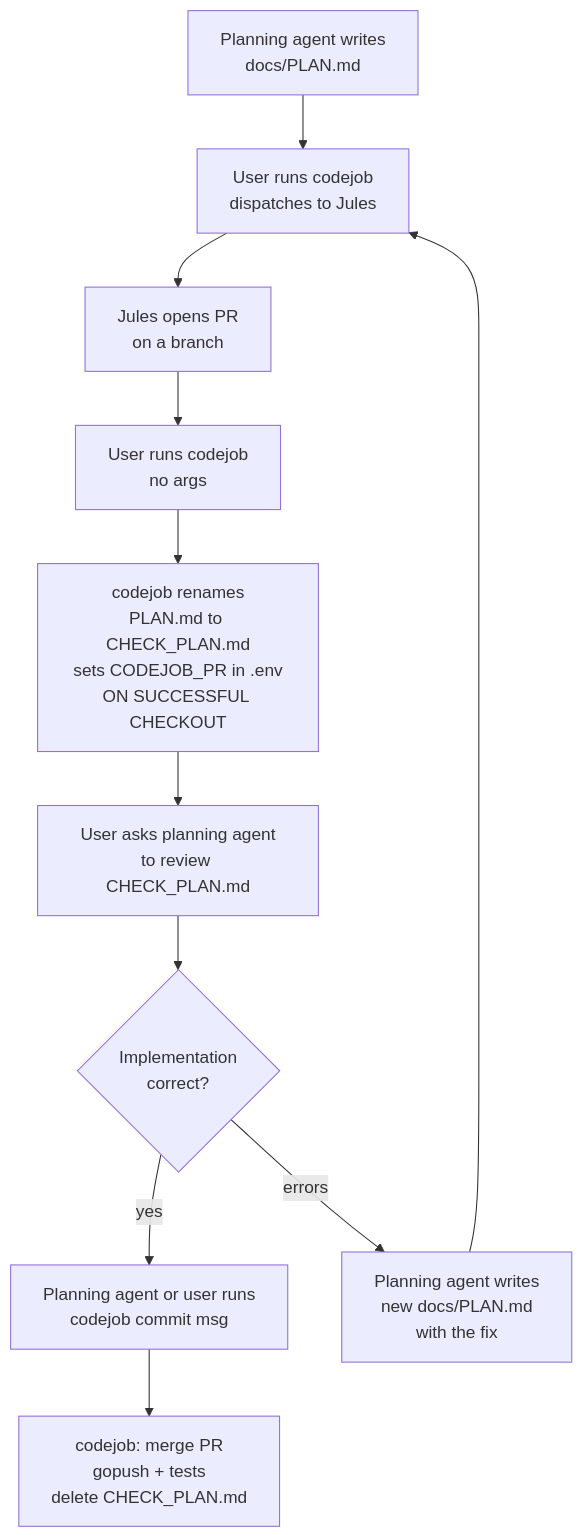
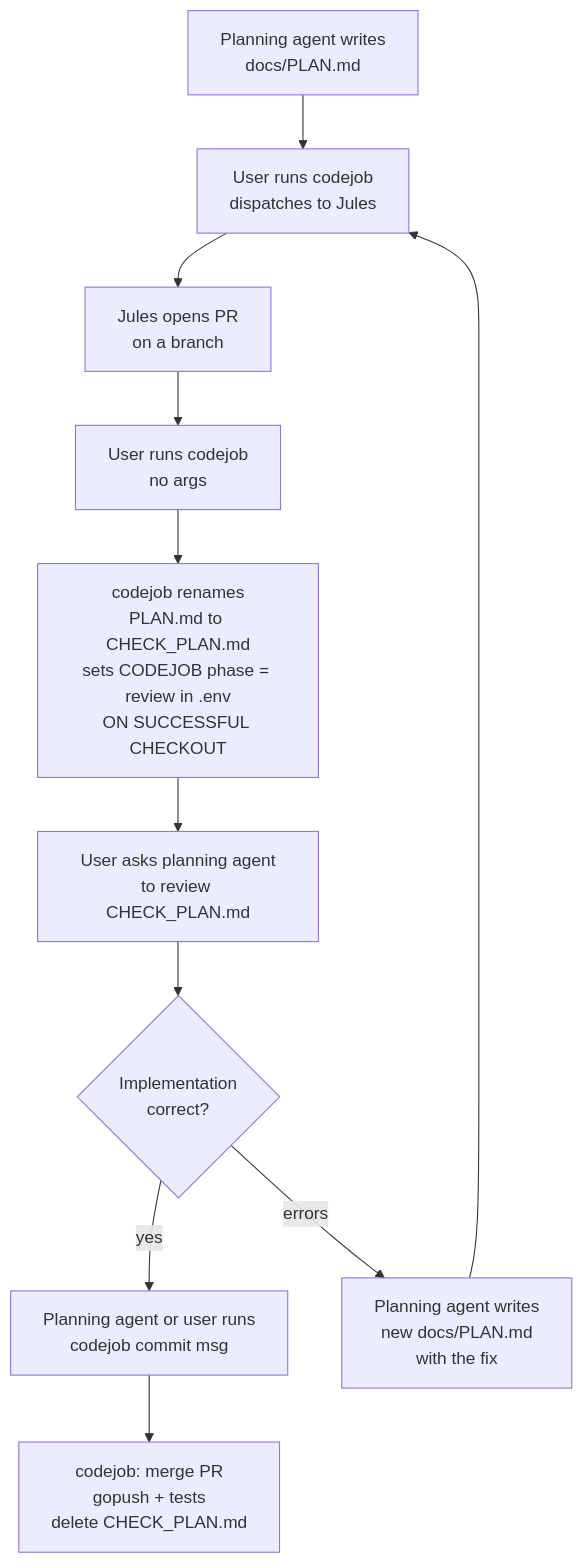
The diagram in skills/agents-workflow/SKILL.md (tinywasm/devflow), drawn with Mermaid before and after one commit. The commit also changed other lines of this file and 17 other files, not shown here.

First line of the commit message:
fix: rename frontmatter key message -> PLAN and unify codejob state

````diff
--- a/skills/agents-workflow/SKILL.md
+++ b/skills/agents-workflow/SKILL.md
@@ -107,13 +107,13 @@
 ```mermaid
 flowchart TD
     A[Planning agent writes<br/>docs/PLAN.md] --> B[User runs codejob<br/>dispatches to Jules]
     B --> C[Jules opens PR<br/>on a branch]
     C --> D[User runs codejob<br/>no args]
-    D --> E[codejob renames<br/>PLAN.md to CHECK_PLAN.md<br/>sets CODEJOB_PR in .env<br/>ON SUCCESSFUL CHECKOUT]
+    D --> E[codejob renames<br/>PLAN.md to CHECK_PLAN.md<br/>sets CODEJOB phase = review in .env<br/>ON SUCCESSFUL CHECKOUT]
     E --> F[User asks planning agent<br/>to review CHECK_PLAN.md]
     F --> G{Implementation<br/>correct?}
     G -->|yes| H[Planning agent or user runs<br/>codejob commit msg]
     G -->|errors| I[Planning agent writes<br/>new docs/PLAN.md<br/>with the fix]
     I --> B
     H --> J[codejob: merge PR<br/>gopush + tests<br/>delete CHECK_PLAN.md]
 ```
````
